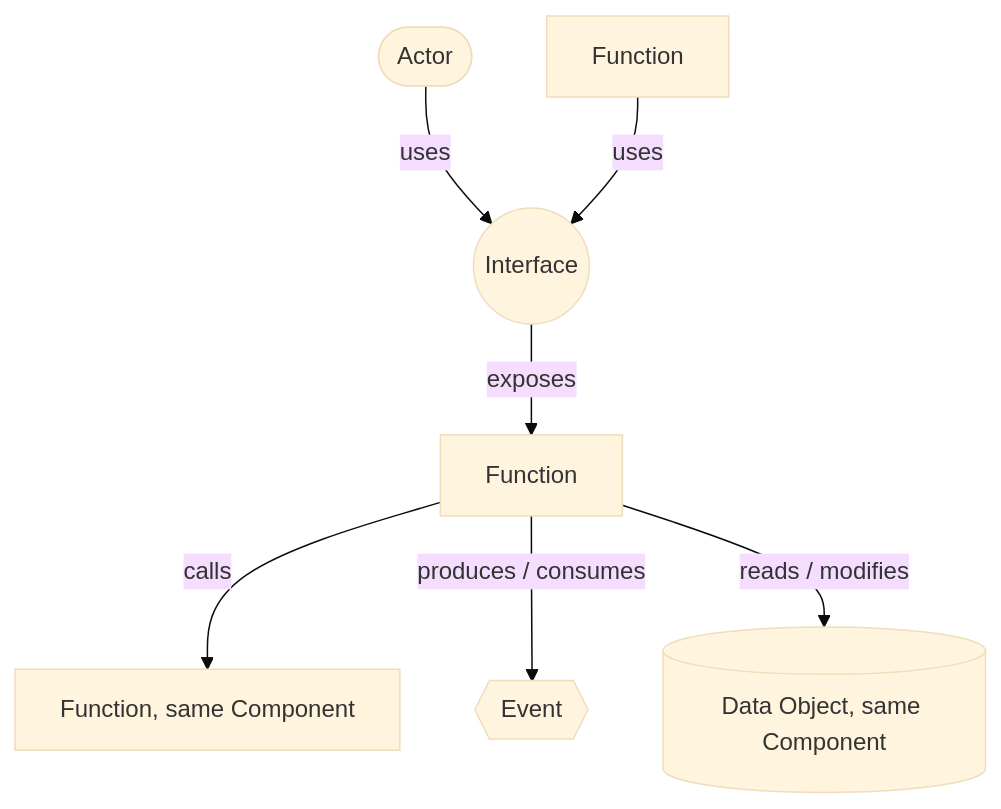
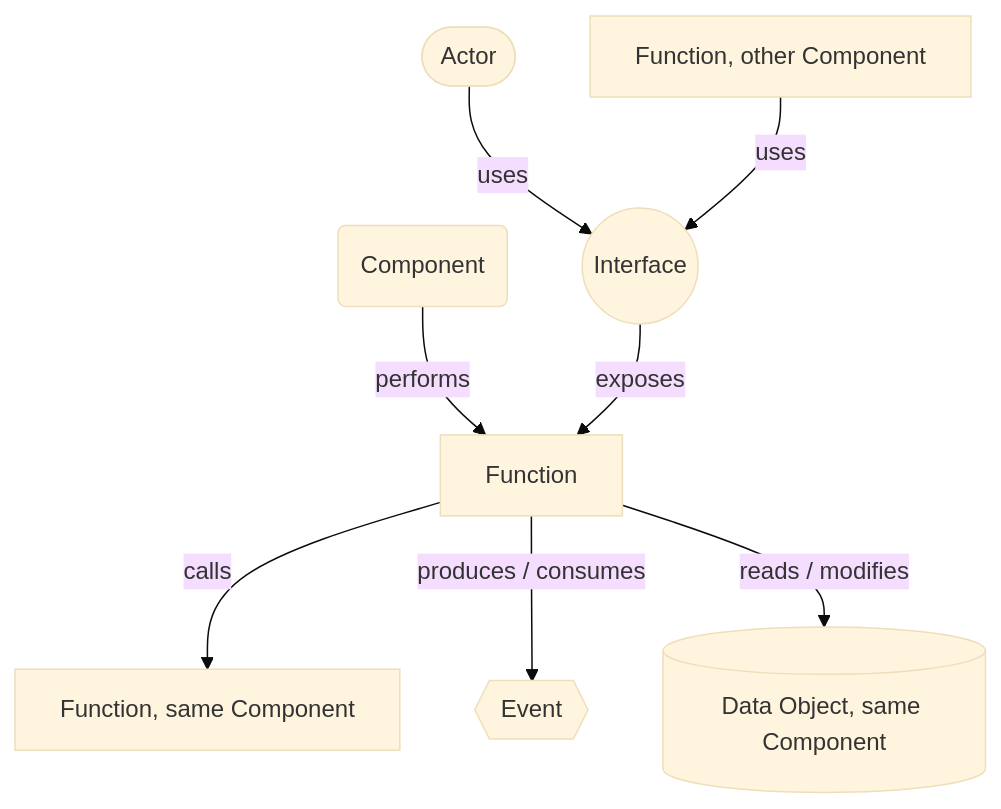
The second of 7 diagrams in contour.md (mykhailo-kulish/contour), drawn with Mermaid (base theme) before and after one commit. The commit also changed other lines of this file, not shown here.

````diff
--- a/contour.md
+++ b/contour.md
@@ -313,9 +260,10 @@
 ```mermaid
 graph TD
+    Sys(Component) -->|performs| F[Function]
     A([Actor]) -->|uses| I((Interface))
-    F2[Function] -->|uses| I
-    I -->|exposes| F[Function]
+    F2[Function, other Component] -->|uses| I
+    I -->|exposes| F
     F -->|calls| F3[Function, same Component]
     F -->|produces / consumes| E{{Event}}
     F -->|reads / modifies| D[(Data Object, same Component)]
 ```
````
